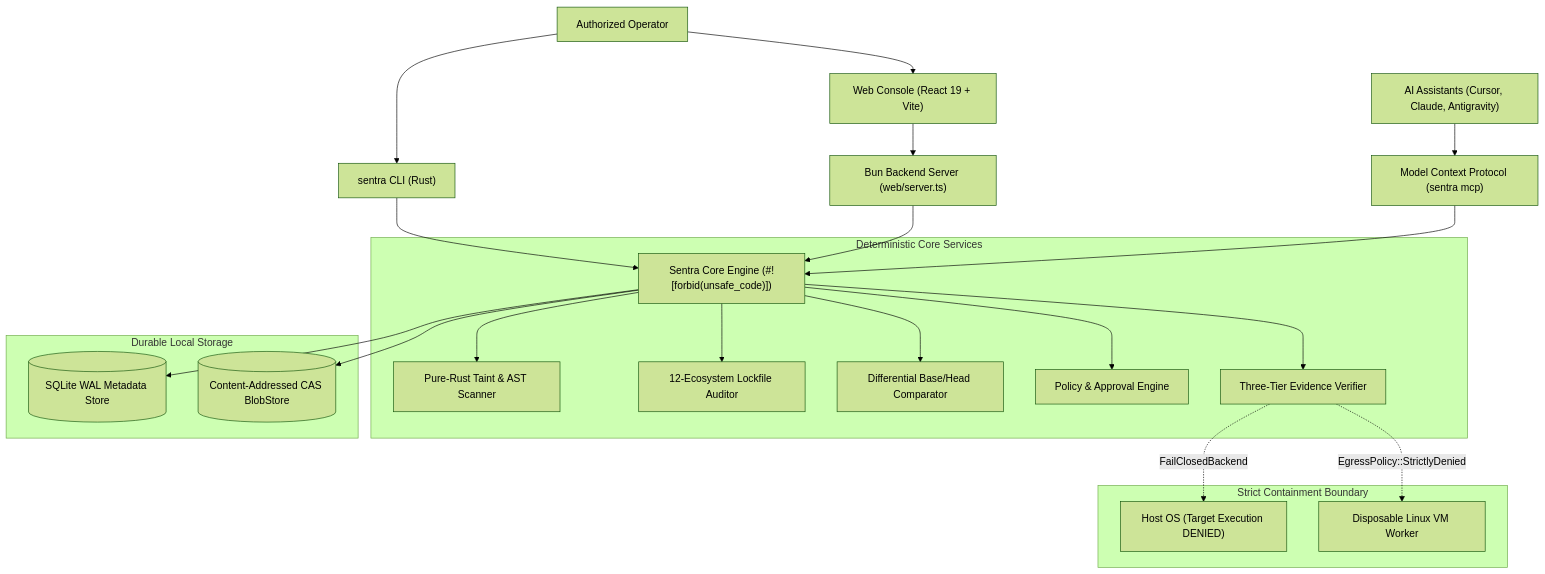
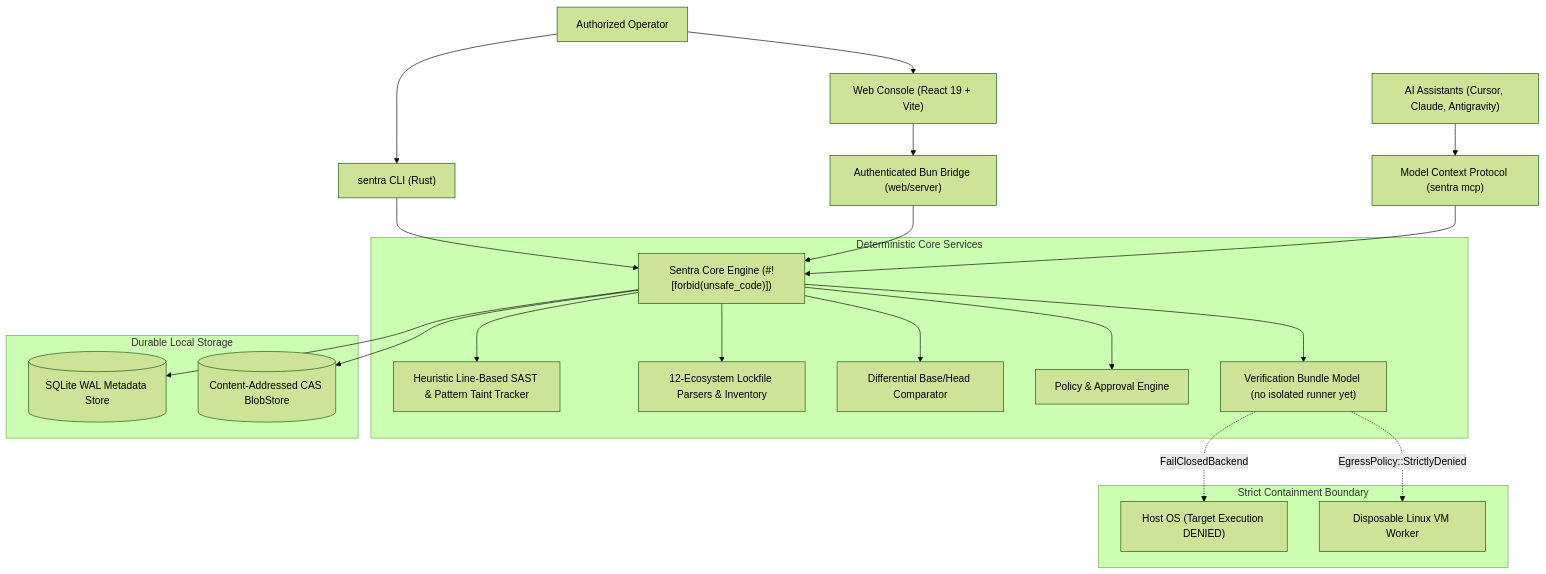
The diagram in README.md (Taiizor/Sentra), drawn with Mermaid (forest theme) before and after one commit. The commit also changed other lines of this file and 197 other files, not shown here.

````diff
--- a/README.md
+++ b/README.md
@@ -43,29 +43,29 @@
 ```mermaid
 flowchart TD
     Human["Authorized Operator"] --> CLI["sentra CLI (Rust)"]
     Human --> Web["Web Console (React 19 + Vite)"]
     Agents["AI Assistants (Cursor, Claude, Antigravity)"] --> MCP["Model Context Protocol (sentra mcp)"]
 
     CLI --> Core["Sentra Core Engine (#![forbid(unsafe_code)])"]
-    Web --> Server["Bun Backend Server (web/server.ts)"]
+    Web --> Server["Authenticated Bun Bridge (web/server)"]
     Server --> Core
     MCP --> Core
 
     subgraph CoreServices ["Deterministic Core Services"]
-        Core --> SAST["Pure-Rust Taint & AST Scanner"]
-        Core --> Advisory["12-Ecosystem Lockfile Auditor"]
+        Core --> SAST["Heuristic Line-Based SAST & Pattern Taint Tracker"]
+        Core --> Advisory["12-Ecosystem Lockfile Parsers & Inventory"]
         Core --> DiffEngine["Differential Base/Head Comparator"]
         Core --> PolicyEngine["Policy & Approval Engine"]
-        Core --> EvidenceVerifier["Three-Tier Evidence Verifier"]
+        Core --> EvidenceVerifier["Verification Bundle Model (no isolated runner yet)"]
     end
 
     subgraph DurableStorage ["Durable Local Storage"]
         Core --> SQLite[("SQLite WAL Metadata Store")]
         Core --> BlobStore[("Content-Addressed CAS BlobStore")]
     end
 
     subgraph IsolatedExecution ["Strict Containment Boundary"]
         EvidenceVerifier -. FailClosedBackend .-> Host["Host OS (Target Execution DENIED)"]
         EvidenceVerifier -. EgressPolicy::StrictlyDenied .-> VM["Disposable Linux VM Worker"]
     end
 ```
````
